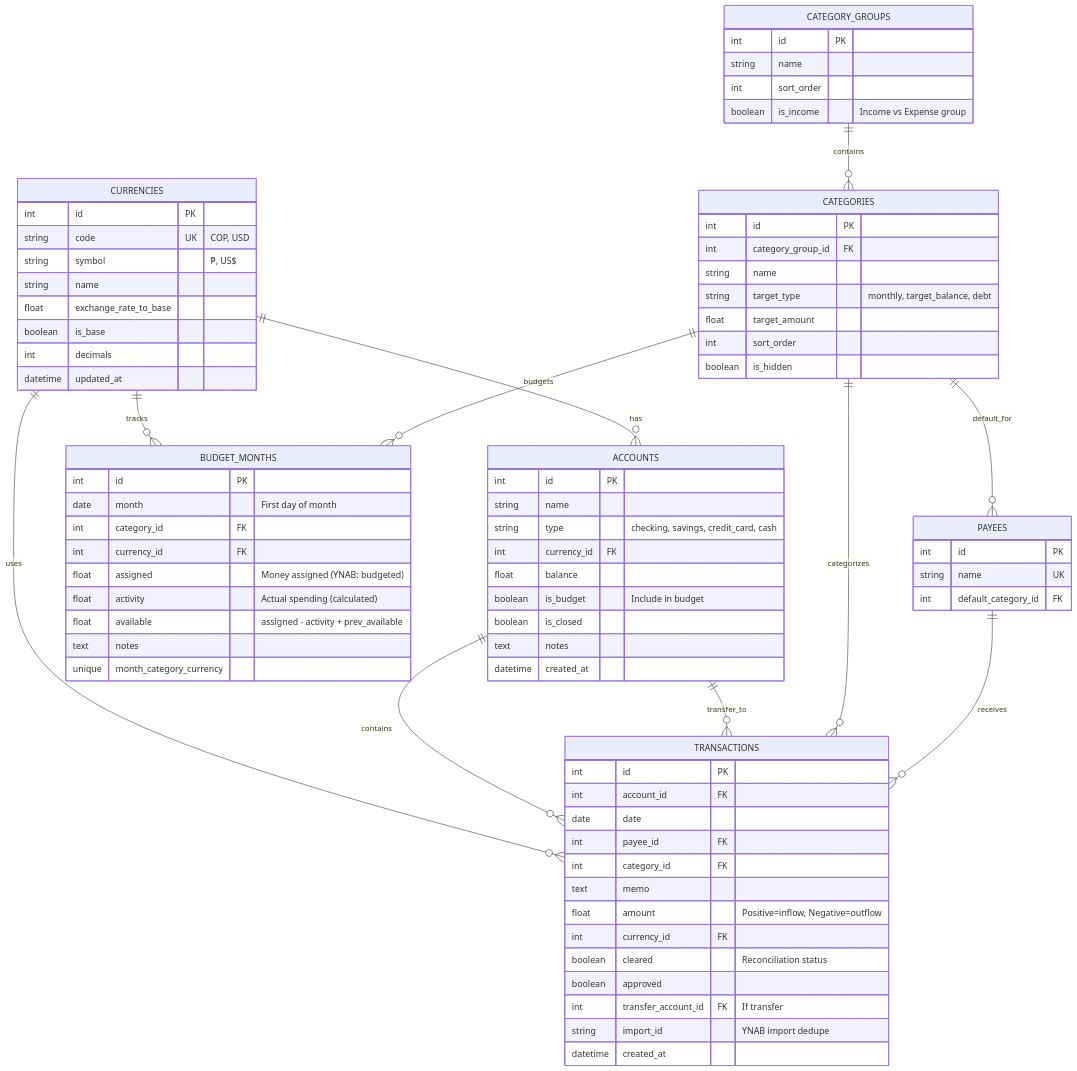
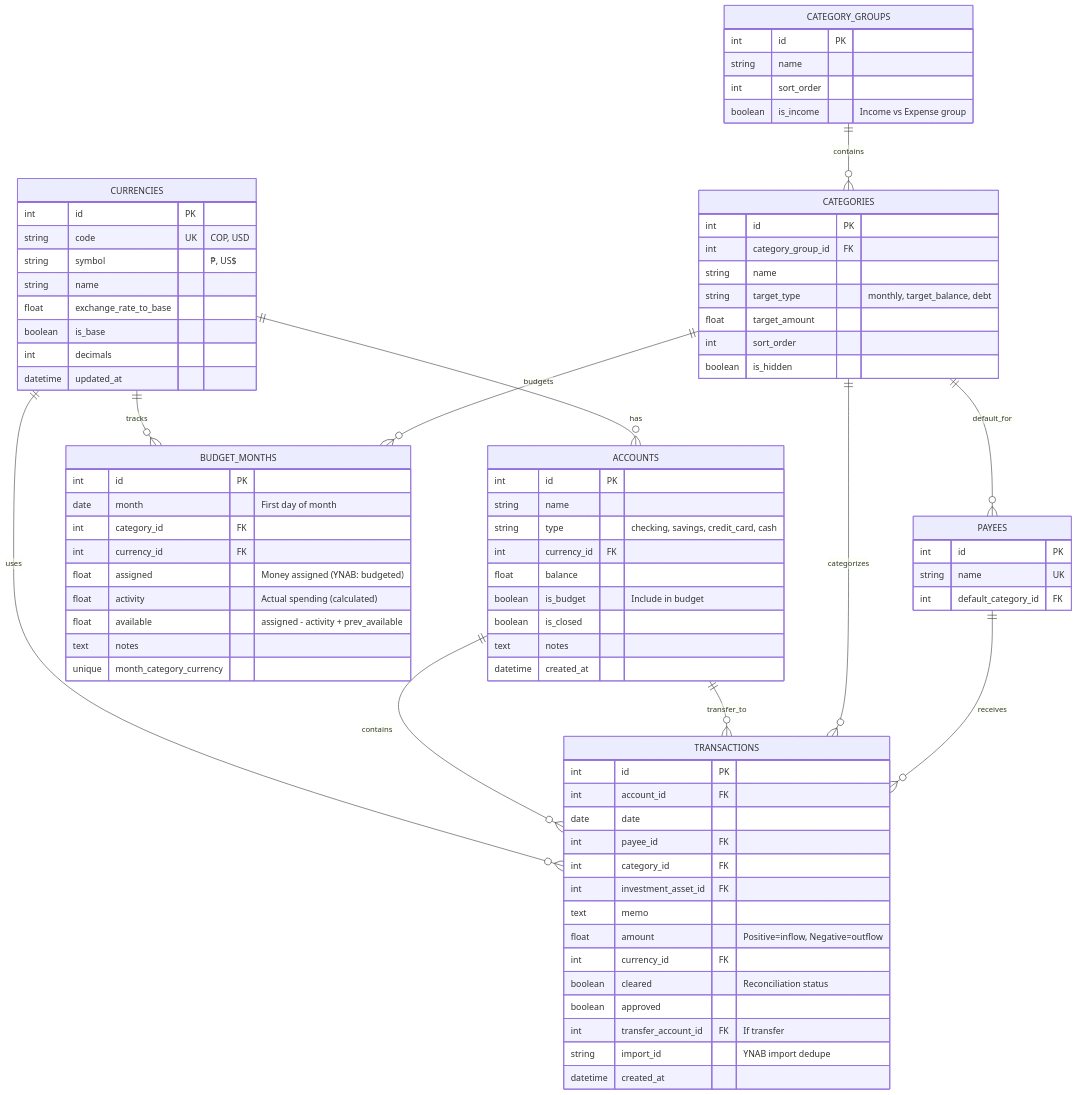
Before and after one commit to oscarems/personal_finances: the diagram in DATABASE_SCHEMA.md, drawn with Mermaid. The commit also changed other lines of this file and 5 other files, not shown here.

```diff
--- a/DATABASE_SCHEMA.md
+++ b/DATABASE_SCHEMA.md
@@ -71,6 +71,7 @@
         date date
         int payee_id FK
         int category_id FK
+        int investment_asset_id FK
         text memo
         float amount "Positive=inflow, Negative=outflow"
         int currency_id FK
```
